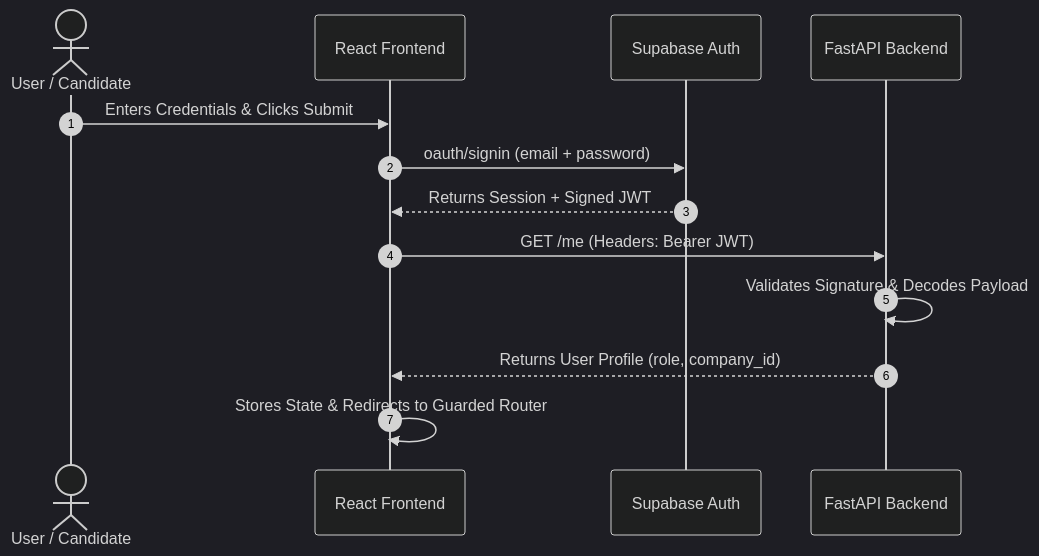
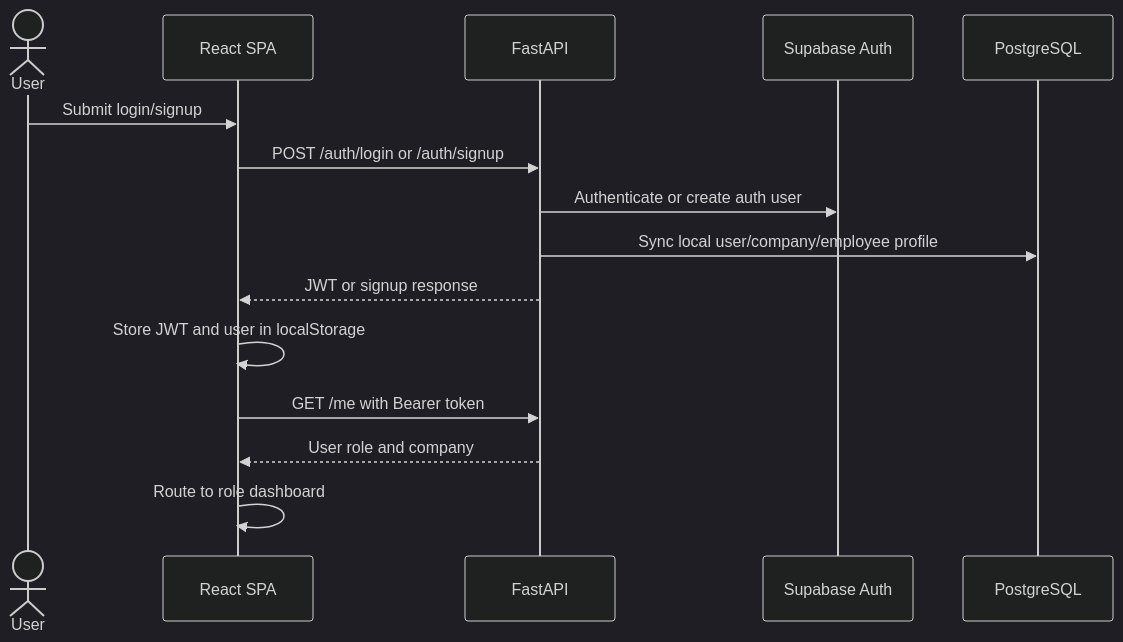
The first of 7 diagrams in docs/APP_FLOW.md (pranavvenu12/ai-hiring-os), drawn with Mermaid (dark theme) before and after one commit. The commit also changed other lines of this file and 12 other files, not shown here.

````diff
--- a/docs/APP_FLOW.md
+++ b/docs/APP_FLOW.md
@@ -11,16 +5,18 @@
 ```mermaid
 sequenceDiagram
-    autonumber
-    actor User as User / Candidate
-    participant SPA as React Frontend
-    participant Supabase as Supabase Auth
-    participant API as FastAPI Backend
+    actor User
+    participant SPA as React SPA
+    participant API as FastAPI
+    participant SB as Supabase Auth
+    participant DB as PostgreSQL
 
-    User->>SPA: Enters Credentials & Clicks Submit
-    SPA->>Supabase: oauth/signin (email + password)
-    Supabase-->>SPA: Returns Session + Signed JWT
-    SPA->>API: GET /me (Headers: Bearer JWT)
-    API->>API: Validates Signature & Decodes Payload
-    API-->>SPA: Returns User Profile (role, company_id)
-    SPA->>SPA: Stores State & Redirects to Guarded Router
+    User->>SPA: Submit login/signup
+    SPA->>API: POST /auth/login or /auth/signup
+    API->>SB: Authenticate or create auth user
+    API->>DB: Sync local user/company/employee profile
+    API-->>SPA: JWT or signup response
+    SPA->>SPA: Store JWT and user in localStorage
+    SPA->>API: GET /me with Bearer token
+    API-->>SPA: User role and company
+    SPA->>SPA: Route to role dashboard
 ```
````
